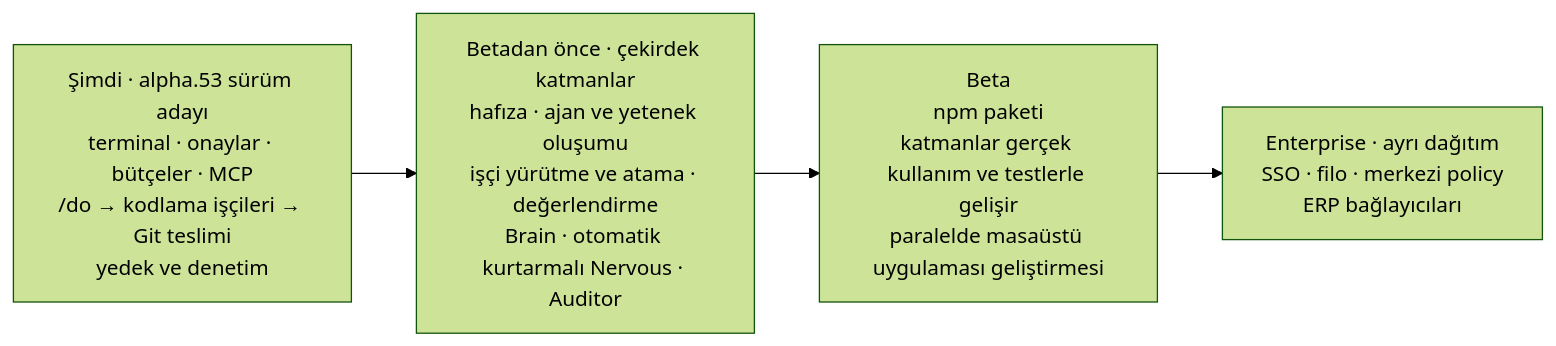
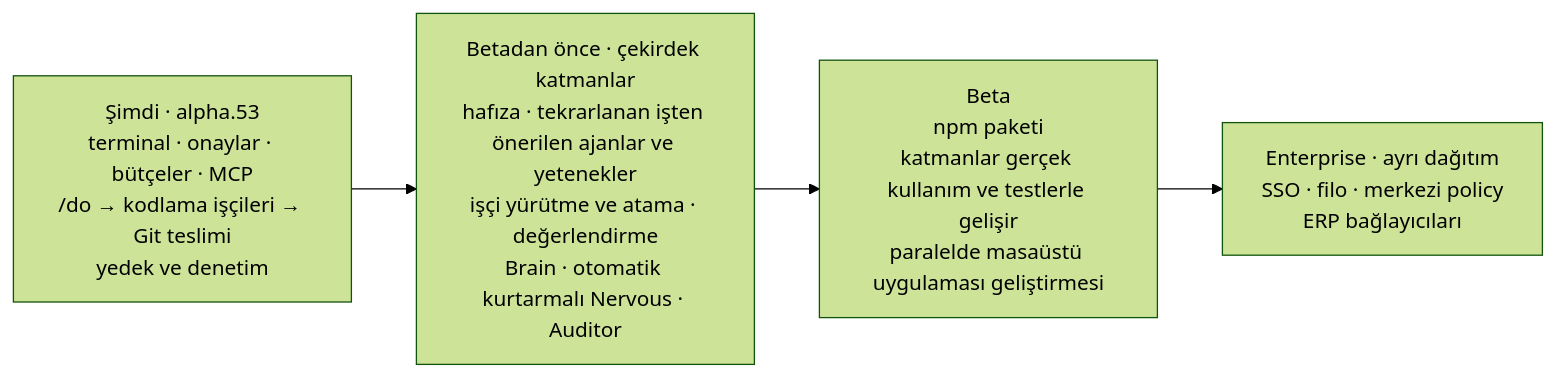
Before and after one commit to Verhex/deckent-next: the sixth of 6 diagrams in README.tr.md, drawn with Mermaid (forest theme). The commit also changed other lines of this file and 1 other file, not shown here.

````diff
--- a/README.tr.md
+++ b/README.tr.md
@@ -490,6 +511,6 @@
 ```mermaid
 flowchart LR
-  N["Şimdi · alpha.53 sürüm adayı<br/>terminal · onaylar · bütçeler · MCP<br/>/do → kodlama işçileri → Git teslimi<br/>yedek ve denetim"] --> C["Betadan önce · çekirdek katmanlar<br/>hafıza · ajan ve yetenek oluşumu<br/>işçi yürütme ve atama · değerlendirme<br/>Brain · otomatik kurtarmalı Nervous · Auditor"]
+  N["Şimdi · alpha.53<br/>terminal · onaylar · bütçeler · MCP<br/>/do → kodlama işçileri → Git teslimi<br/>yedek ve denetim"] --> C["Betadan önce · çekirdek katmanlar<br/>hafıza · tekrarlanan işten önerilen ajanlar ve yetenekler<br/>işçi yürütme ve atama · değerlendirme<br/>Brain · otomatik kurtarmalı Nervous · Auditor"]
   C --> B["Beta<br/>npm paketi<br/>katmanlar gerçek kullanım ve testlerle gelişir<br/>paralelde masaüstü uygulaması geliştirmesi"]
   B --> E["Enterprise · ayrı dağıtım<br/>SSO · filo · merkezi policy<br/>ERP bağlayıcıları"]
 ```
````
